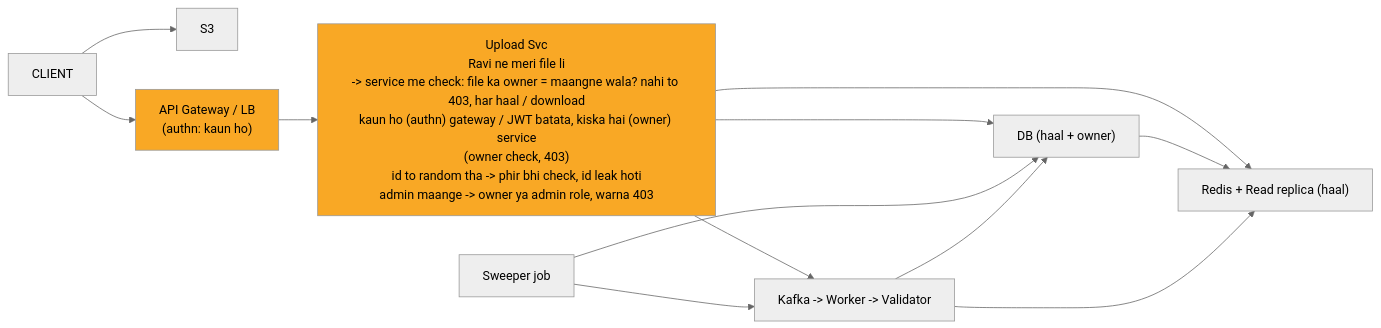
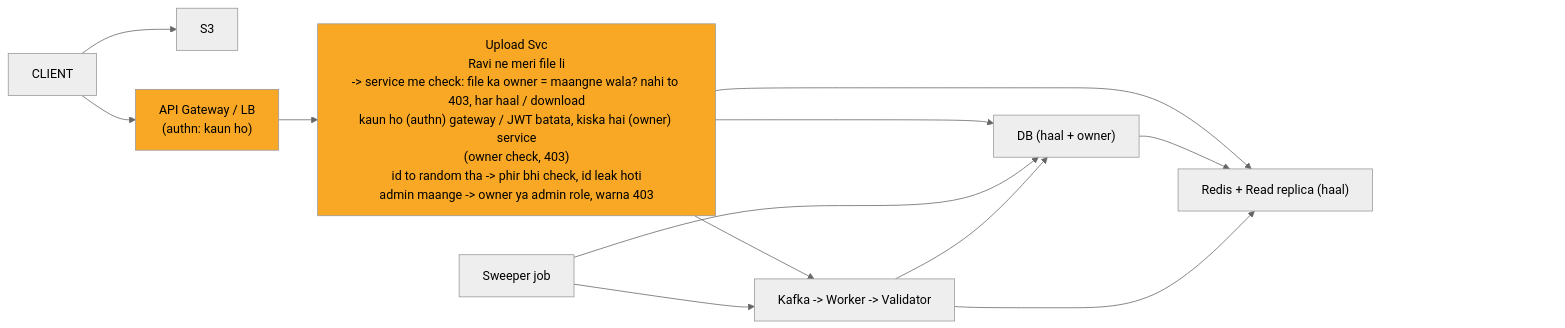
Before and after one commit to ArpanMaheshwari144/Prep: the eighth of 11 diagrams in 04_HLD/SYSTEM_DESIGNS/07_file_upload_validate_system/07_file_upload_INTERVIEW.md, drawn with Mermaid (neutral theme). The commit also changed other lines of this file and 13 other files, not shown here.

Commit message:
hld 14 file: har diagram ke daayein andekha dabba, zoom button asli dabbe pe na aaye

````diff
--- a/04_HLD/SYSTEM_DESIGNS/07_file_upload_validate_system/07_file_upload_INTERVIEW.md
+++ b/04_HLD/SYSTEM_DESIGNS/07_file_upload_validate_system/07_file_upload_INTERVIEW.md
@@ -349,25 +370,28 @@
 ```mermaid
 %%{init: {"flowchart": {"wrappingWidth": 450}}}%%
 flowchart LR
     n_CLIENT["CLIENT"]
     n_S3["S3"]
     n_API_Gateway_LB["API Gateway / LB<br/>(authn: kaun ho)"]
     n_Upload_Svc["Upload Svc<br/>Ravi ne meri file li<br/>-> service me check: file ka owner = maangne wala? nahi to 403, har haal / download<br/>kaun ho (authn) gateway / JWT batata, kiska hai (owner) service<br/>(owner check, 403)<br/>id to random tha -> phir bhi check, id leak hoti<br/>admin maange -> owner ya admin role, warna 403"]
     n_RC["Redis + Read replica (haal)"]
     n_DB["DB (haal + owner)"]
     n_Sweeper_job["Sweeper job"]
     n_CHAIN["Kafka -> Worker -> Validator"]
     n_CLIENT --> n_S3
     n_CLIENT --> n_API_Gateway_LB
     n_API_Gateway_LB --> n_Upload_Svc
     n_Upload_Svc --> n_RC
     n_Upload_Svc --> n_DB
     n_DB --> n_RC
     n_Upload_Svc --> n_CHAIN
     n_Sweeper_job --> n_DB
     n_Sweeper_job --> n_CHAIN
     n_CHAIN --> n_DB
     n_CHAIN --> n_RC
+    n_pad["xxxxxxxxxxxxxxxx"]
+    n_RC ~~~ n_pad
     style n_API_Gateway_LB fill:#f9a825,color:#000
     style n_Upload_Svc fill:#f9a825,color:#000
+    style n_pad fill:none,stroke:none,color:#ffffff00
 ```
````
